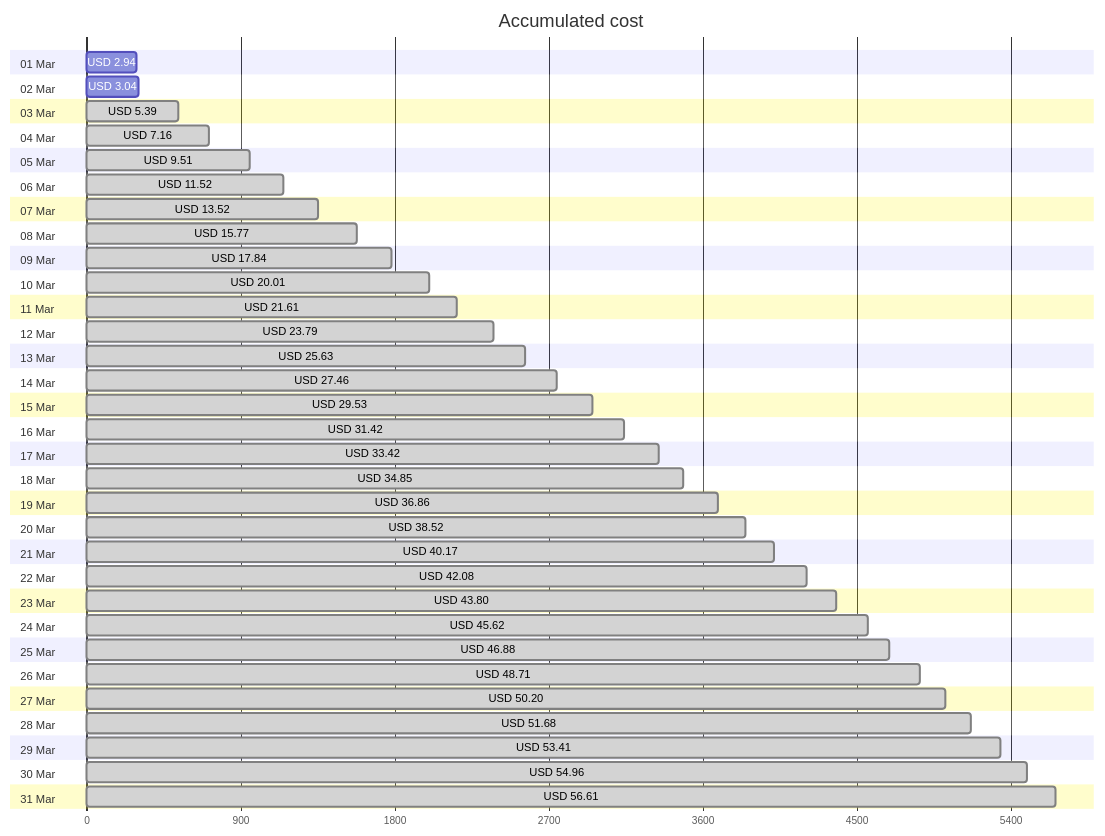
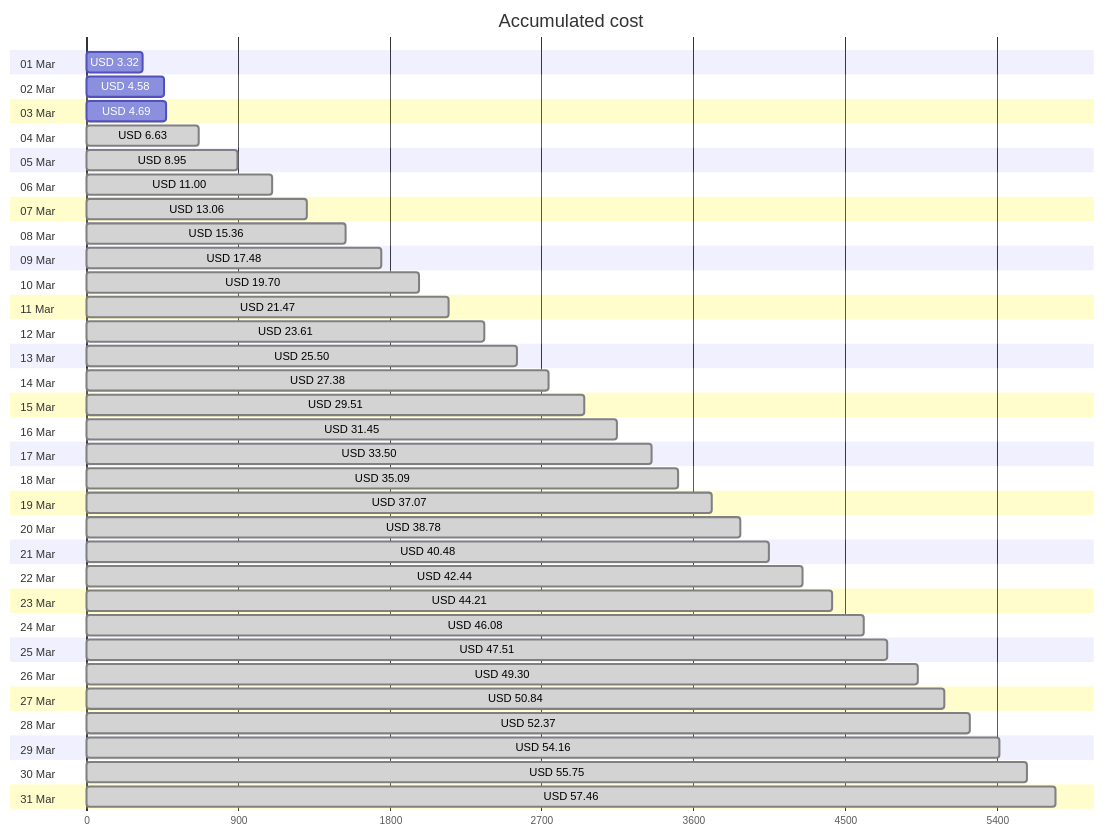
Before and after one commit to jpfulton/azure-personal-reports: the first of 4 diagrams in cost-reports/accumulated-cost.md, drawn with Mermaid. The commit also changed other lines of this file and 4 other files, not shown here.

````diff
--- a/cost-reports/accumulated-cost.md
+++ b/cost-reports/accumulated-cost.md
@@ -20,68 +20,68 @@
 ```mermaid
 gantt
    title Accumulated cost
    dateFormat  X
    axisFormat %s
    section 01 Mar
-   USD 2.94 :0, 294
+   USD 3.32 :0, 332
    section 02 Mar
-   USD 3.04 :0, 304
+   USD 4.58 :0, 458
    section 03 Mar
-   USD 5.39 : done, 0, 539
+   USD 4.69 :0, 469
    section 04 Mar
-   USD 7.16 : done, 0, 716
+   USD 6.63 : done, 0, 663
    section 05 Mar
-   USD 9.51 : done, 0, 951
+   USD 8.95 : done, 0, 895
    section 06 Mar
-   USD 11.52 : done, 0, 1152
+   USD 11.00 : done, 0, 1100
    section 07 Mar
-   USD 13.52 : done, 0, 1352
+   USD 13.06 : done, 0, 1306
    section 08 Mar
-   USD 15.77 : done, 0, 1577
+   USD 15.36 : done, 0, 1536
    section 09 Mar
-   USD 17.84 : done, 0, 1784
+   USD 17.48 : done, 0, 1748
    section 10 Mar
-   USD 20.01 : done, 0, 2001
+   USD 19.70 : done, 0, 1970
    section 11 Mar
-   USD 21.61 : done, 0, 2161
+   USD 21.47 : done, 0, 2147
    section 12 Mar
-   USD 23.79 : done, 0, 2379
+   USD 23.61 : done, 0, 2361
    section 13 Mar
-   USD 25.63 : done, 0, 2563
+   USD 25.50 : done, 0, 2550
    section 14 Mar
-   USD 27.46 : done, 0, 2746
+   USD 27.38 : done, 0, 2738
    section 15 Mar
-   USD 29.53 : done, 0, 2953
+   USD 29.51 : done, 0, 2951
    section 16 Mar
-   USD 31.42 : done, 0, 3142
+   USD 31.45 : done, 0, 3145
    section 17 Mar
-   USD 33.42 : done, 0, 3342
+   USD 33.50 : done, 0, 3350
    section 18 Mar
-   USD 34.85 : done, 0, 3485
+   USD 35.09 : done, 0, 3509
    section 19 Mar
-   USD 36.86 : done, 0, 3686
+   USD 37.07 : done, 0, 3707
    section 20 Mar
-   USD 38.52 : done, 0, 3852
+   USD 38.78 : done, 0, 3878
    section 21 Mar
-   USD 40.17 : done, 0, 4017
+   USD 40.48 : done, 0, 4048
    section 22 Mar
-   USD 42.08 : done, 0, 4208
+   USD 42.44 : done, 0, 4244
    section 23 Mar
-   USD 43.80 : done, 0, 4380
+   USD 44.21 : done, 0, 4421
    section 24 Mar
-   USD 45.62 : done, 0, 4562
+   USD 46.08 : done, 0, 4608
    section 25 Mar
-   USD 46.88 : done, 0, 4688
+   USD 47.51 : done, 0, 4751
    section 26 Mar
-   USD 48.71 : done, 0, 4871
+   USD 49.30 : done, 0, 4930
    section 27 Mar
-   USD 50.20 : done, 0, 5020
+   USD 50.84 : done, 0, 5084
    section 28 Mar
-   USD 51.68 : done, 0, 5168
+   USD 52.37 : done, 0, 5237
    section 29 Mar
-   USD 53.41 : done, 0, 5341
+   USD 54.16 : done, 0, 5416
    section 30 Mar
-   USD 54.96 : done, 0, 5496
+   USD 55.75 : done, 0, 5575
    section 31 Mar
-   USD 56.61 : done, 0, 5661
+   USD 57.46 : done, 0, 5746
 ```
````
